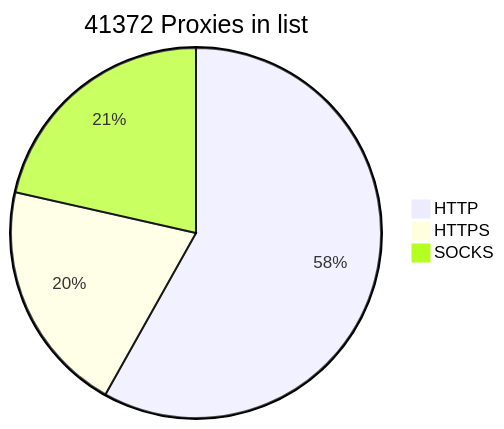
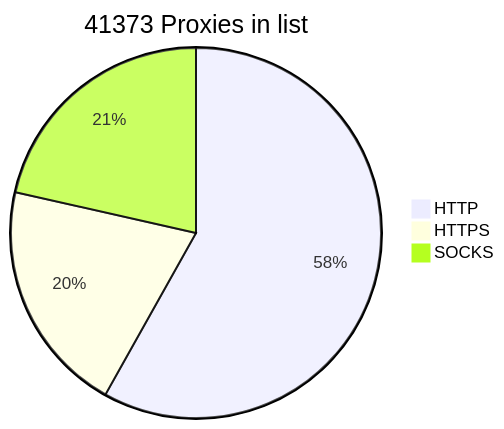
Before and after one commit to BlackSnowDot/proxylist-update-every-minute: the diagram in README.md, drawn with Mermaid.

````diff
--- a/README.md
+++ b/README.md
@@ -2,6 +2,6 @@
 ```mermaid
-pie title 41372 Proxies in list
+pie title 41373 Proxies in list
     "HTTP" : 27823
-    "HTTPS": 9765
+    "HTTPS": 9767
     "SOCKS" : 10272
 ```
````
